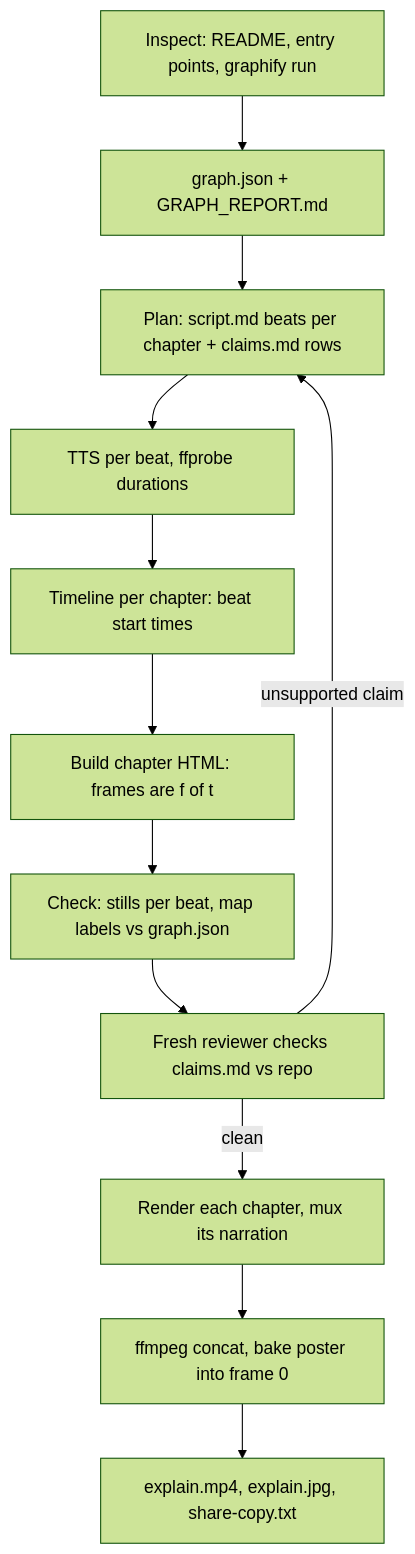
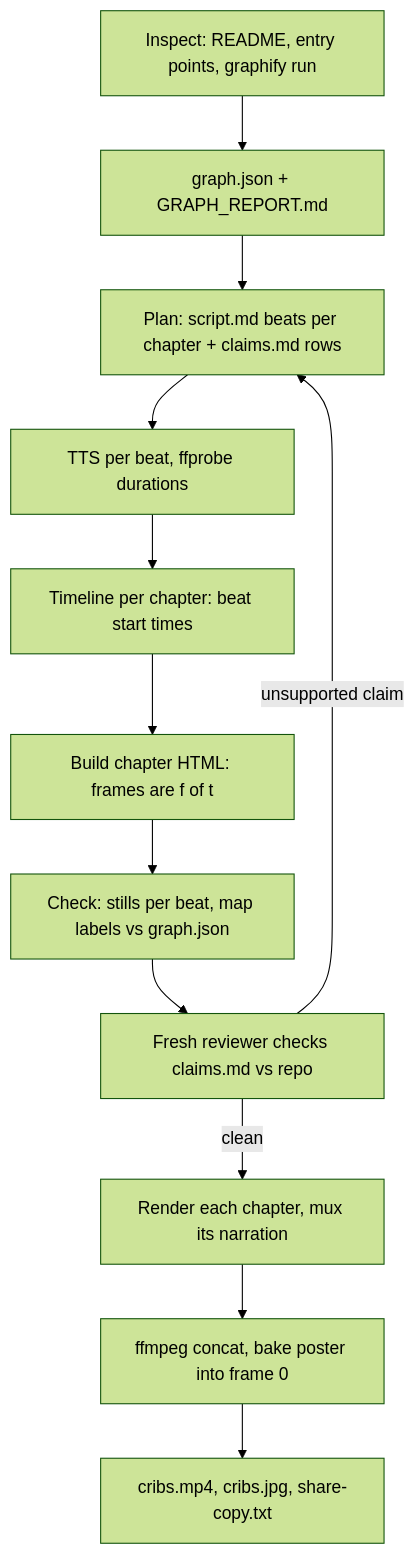
One commit to jwolberg/cribs changed the diagram in plans/m1/plan-m1.md. Above: the diagram before and after it, drawn with Mermaid (forest theme). The commit also changed other lines of this file and 2 other files, not shown here.

First line of the commit message:
docs: rename /explain to /cribs throughout the M1 plans

````diff
--- a/plans/m1/plan-m1.md
+++ b/plans/m1/plan-m1.md
@@ -86,14 +86,14 @@
 ```mermaid
 flowchart TB
   A[Inspect: README, entry points, graphify run] --> B[graph.json + GRAPH_REPORT.md]
   B --> C[Plan: script.md beats per chapter + claims.md rows]
   C --> D[TTS per beat, ffprobe durations]
   D --> E[Timeline per chapter: beat start times]
   E --> F[Build chapter HTML: frames are f of t]
   F --> G[Check: stills per beat, map labels vs graph.json]
   G --> H[Fresh reviewer checks claims.md vs repo]
   H -->|unsupported claim| C
   H -->|clean| I[Render each chapter, mux its narration]
   I --> J[ffmpeg concat, bake poster into frame 0]
-  J --> K[explain.mp4, explain.jpg, share-copy.txt]
+  J --> K[cribs.mp4, cribs.jpg, share-copy.txt]
 ```
````
